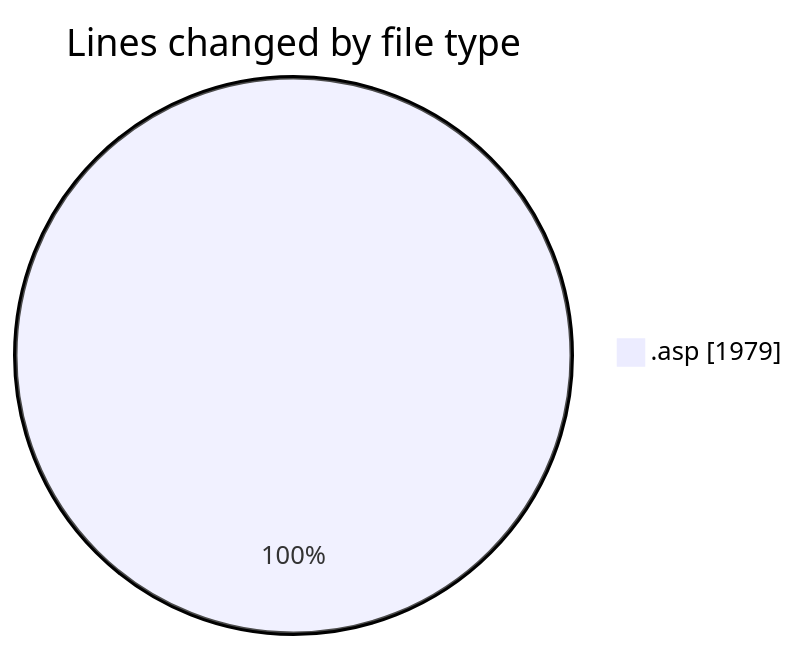
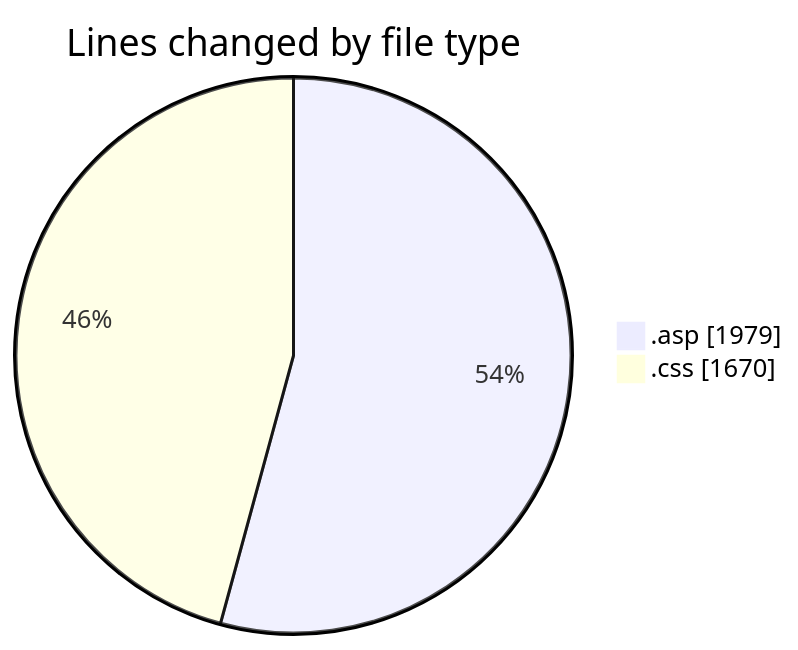
The first of 2 diagrams in 2025-11-17/usr_aleoudev_fr__workspace_/README.md (julien-gomy/code-tracking), drawn with Mermaid before and after one commit. The commit also changed other lines of this file and 1 other file, not shown here.

````diff
--- a/2025-11-17/usr_aleoudev_fr__workspace_/README.md
+++ b/2025-11-17/usr_aleoudev_fr__workspace_/README.md
@@ -20,5 +21,6 @@
 ```mermaid
 pie showData
 title Lines changed by file type
 ".asp" : 1979
+".css" : 1670
 ```
````
